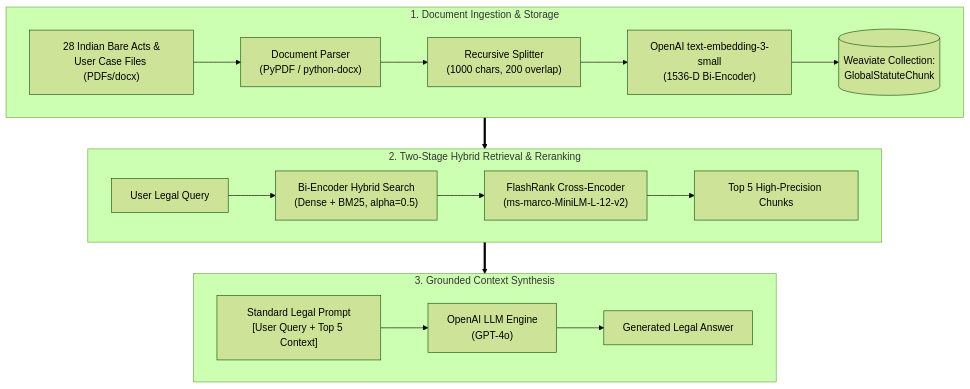
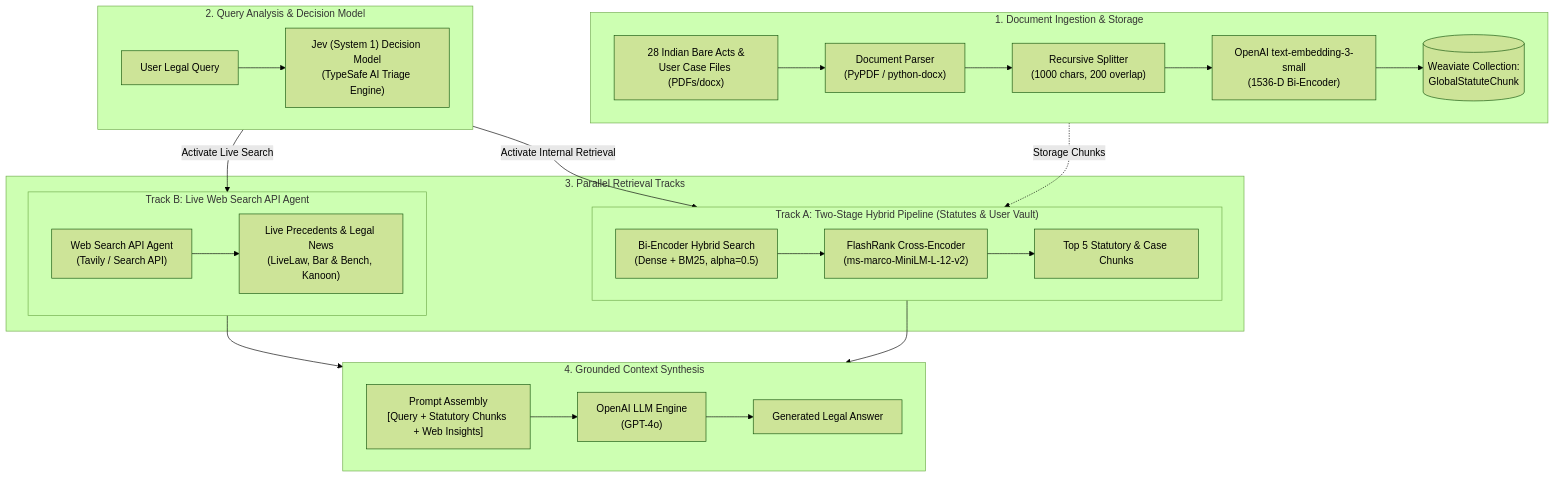
The first of 2 diagrams in README.md (JaywardhanYadav/LegalDrishti-AI), drawn with Mermaid (forest theme) before and after one commit. The commit also changed other lines of this file, not shown here.

Commit message:
docs: integrate Jev System 1 Decision Model and parallel web search API agent into Version 1 architecture

````diff
--- a/README.md
+++ b/README.md
@@ -34,20 +35,35 @@
 ```mermaid
 flowchart TD
     subgraph INGEST_V1["1. Document Ingestion & Storage"]
         direction LR
         DOCS_V1["28 Indian Bare Acts &\nUser Case Files (PDFs/docx)"] --> PARSER_V1["Document Parser\n(PyPDF / python-docx)"] --> CHUNK_V1["Recursive Splitter\n(1000 chars, 200 overlap)"] --> EMBED_V1["OpenAI text-embedding-3-small\n(1536-D Bi-Encoder)"] --> WEAVIATE_V1[("Weaviate Collection:\nGlobalStatuteChunk")]
     end
 
-    subgraph RETRIEVE_V1["2. Two-Stage Hybrid Retrieval & Reranking"]
+    subgraph TRIAGE_V1["2. Query Analysis & Decision Model"]
         direction LR
-        Q_V1["User Legal Query"] --> HYBRID_V1["Bi-Encoder Hybrid Search\n(Dense + BM25, alpha=0.5)"] --> RERANK_V1["FlashRank Cross-Encoder\n(ms-marco-MiniLM-L-12-v2)"] --> TOP5_V1["Top 5 High-Precision Chunks"]
+        QUERY_V1["User Legal Query"] --> JEV_V1["Jev (System 1) Decision Model\n(TypeSafe AI Triage Engine)"]
     end
 
-    subgraph GEN_V1["3. Grounded Context Synthesis"]
-        direction LR
-        PROMPT_V1["Standard Legal Prompt\n[User Query + Top 5 Context]"] --> LLM_V1["OpenAI LLM Engine\n(GPT-4o)"] --> ANS_V1["Generated Legal Answer"]
+    subgraph DUAL_BRANCHES["3. Parallel Retrieval Tracks"]
+        subgraph PIPELINE_INTERNAL["Track A: Two-Stage Hybrid Pipeline (Statutes & User Vault)"]
+            direction LR
+            HYBRID_V1["Bi-Encoder Hybrid Search\n(Dense + BM25, alpha=0.5)"] --> RERANK_V1["FlashRank Cross-Encoder\n(ms-marco-MiniLM-L-12-v2)"] --> TOP_INTERNAL["Top 5 Statutory & Case Chunks"]
+        end
+
+        subgraph PIPELINE_WEB["Track B: Live Web Search API Agent"]
+            direction LR
+            AGENT_WEB["Web Search API Agent\n(Tavily / Search API)"] --> WEB_RESULTS["Live Precedents & Legal News\n(LiveLaw, Bar & Bench, Kanoon)"]
+        end
     end
 
-    INGEST_V1 ==> RETRIEVE_V1
-    RETRIEVE_V1 ==> GEN_V1
+    subgraph SYNTHESIS_V1["4. Grounded Context Synthesis"]
+        direction LR
+        PROMPT_V1["Prompt Assembly\n[Query + Statutory Chunks + Web Insights]"] --> LLM_V1["OpenAI LLM Engine\n(GPT-4o)"] --> ANS_V1["Generated Legal Answer"]
+    end
+
+    INGEST_V1 -. Storage Chunks .-> HYBRID_V1
+    JEV_V1 -->|Activate Internal Retrieval| HYBRID_V1
+    JEV_V1 -->|Activate Live Search| AGENT_WEB
+    TOP_INTERNAL --> PROMPT_V1
+    WEB_RESULTS --> PROMPT_V1
 ```
````
